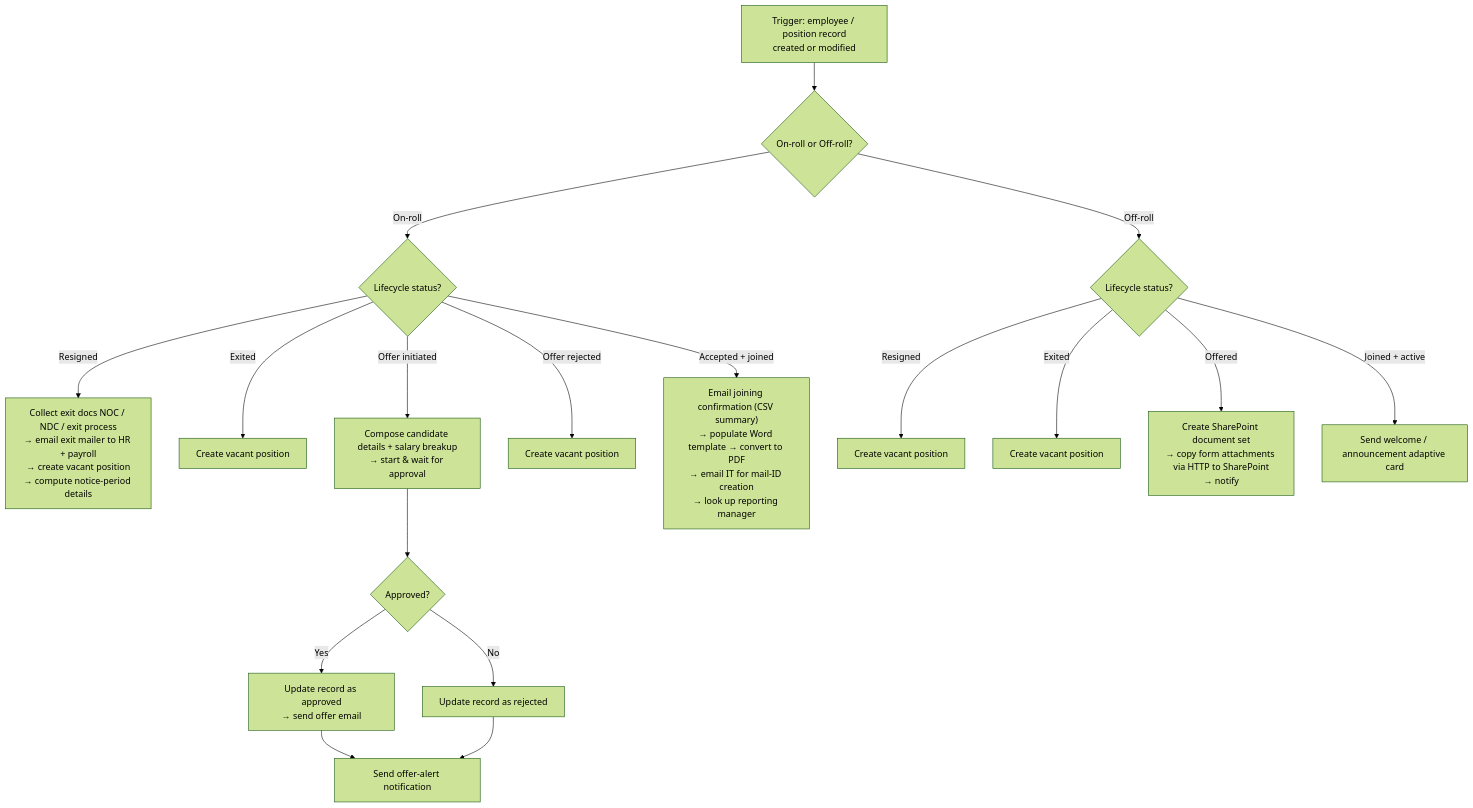
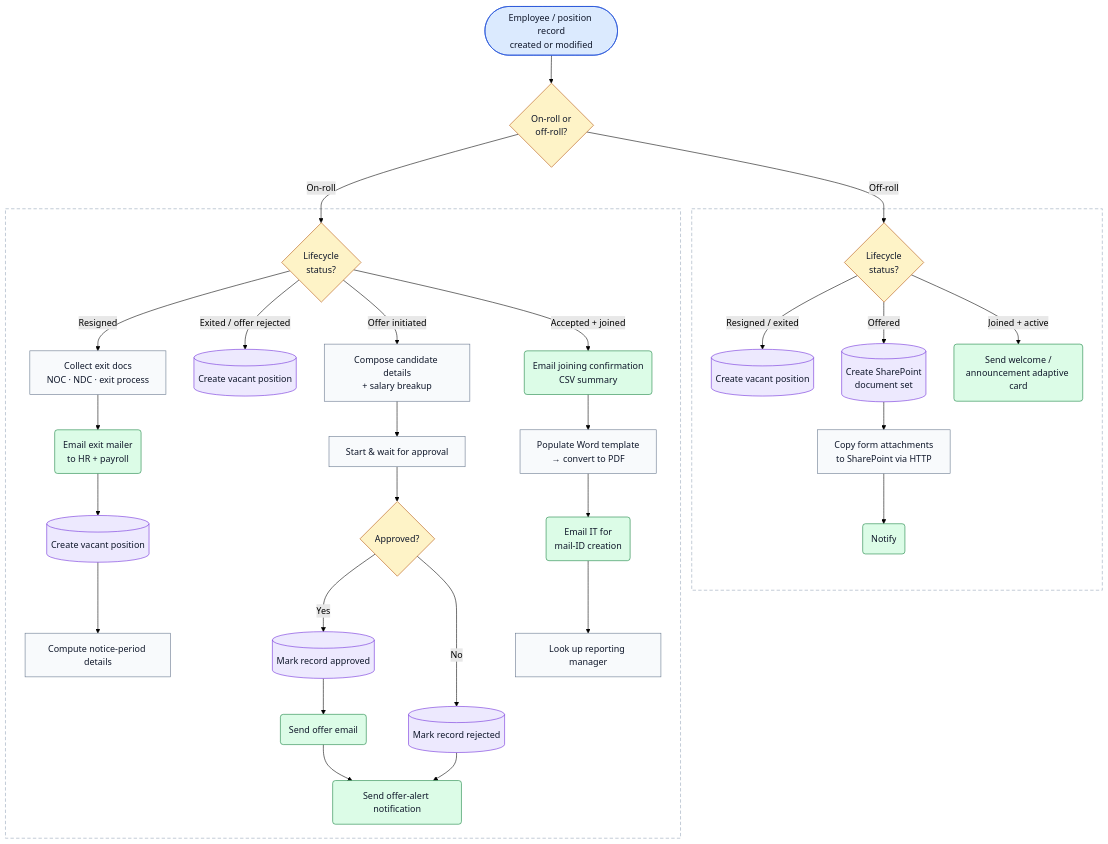
The diagram in docs/diagrams/hrms-orchestrator.mmd (siddhantsingh2861/enterprise-HRMS-power-platform), drawn with Mermaid (forest theme) before and after one commit.

```diff
--- a/docs/diagrams/hrms-orchestrator.mmd
+++ b/docs/diagrams/hrms-orchestrator.mmd
@@ -1,20 +1,52 @@
 flowchart TD
-    T["Trigger: employee / position record<br/>created or modified"] --> R{On-roll or Off-roll?}
+    T(["Employee / position record<br/>created or modified"]):::trigger --> R{"On-roll or<br/>off-roll?"}:::decision
 
-    R -->|On-roll| ON{Lifecycle status?}
-    ON -->|Resigned| ON1["Collect exit docs NOC / NDC / exit process<br/>&rarr; email exit mailer to HR + payroll<br/>&rarr; create vacant position<br/>&rarr; compute notice-period details"]
-    ON -->|Exited| ON2["Create vacant position"]
-    ON -->|Offer initiated| ON3["Compose candidate details + salary breakup<br/>&rarr; start &amp; wait for approval"]
-    ON3 --> ON3a{Approved?}
-    ON3a -->|Yes| ON3y["Update record as approved<br/>&rarr; send offer email"]
-    ON3a -->|No| ON3n["Update record as rejected"]
-    ON3y --> ON3z["Send offer-alert notification"]
-    ON3n --> ON3z
-    ON -->|Offer rejected| ON4["Create vacant position"]
-    ON -->|Accepted + joined| ON5["Email joining confirmation (CSV summary)<br/>&rarr; populate Word template &rarr; convert to PDF<br/>&rarr; email IT for mail-ID creation<br/>&rarr; look up reporting manager"]
+    R -->|On-roll| ON
+    R -->|Off-roll| OFF
 
-    R -->|Off-roll| OFF{Lifecycle status?}
-    OFF -->|Resigned| OFF1["Create vacant position"]
-    OFF -->|Exited| OFF2["Create vacant position"]
-    OFF -->|Offered| OFF3["Create SharePoint document set<br/>&rarr; copy form attachments via HTTP to SharePoint<br/>&rarr; notify"]
-    OFF -->|Joined + active| OFF4["Send welcome / announcement adaptive card"]
+    subgraph ONROLL[" "]
+        ON{"Lifecycle<br/>status?"}:::decision
+
+        ON -->|Resigned| ON1["Collect exit docs<br/>NOC · NDC · exit process"]:::action
+        ON1 --> ON1b("Email exit mailer<br/>to HR + payroll"):::notify
+        ON1b --> ON1c[("Create vacant position")]:::data
+        ON1c --> ON1d["Compute notice-period details"]:::action
+
+        ON -->|"Exited / offer rejected"| VAC1[("Create vacant position")]:::data
+
+        ON -->|Offer initiated| ON3["Compose candidate details<br/>+ salary breakup"]:::action
+        ON3 --> ON3w["Start &amp; wait for approval"]:::action
+        ON3w --> ON3a{"Approved?"}:::decision
+        ON3a -->|Yes| ON3y[("Mark record approved")]:::data
+        ON3y --> ON3e("Send offer email"):::notify
+        ON3a -->|No| ON3n[("Mark record rejected")]:::data
+        ON3e --> ON3z("Send offer-alert notification"):::notify
+        ON3n --> ON3z
+
+        ON -->|Accepted + joined| ON5("Email joining confirmation<br/>CSV summary"):::notify
+        ON5 --> ON5b["Populate Word template<br/>→ convert to PDF"]:::action
+        ON5b --> ON5c("Email IT for<br/>mail-ID creation"):::notify
+        ON5c --> ON5d["Look up reporting manager"]:::action
+    end
+
+    subgraph OFFROLL[" "]
+        OFF{"Lifecycle<br/>status?"}:::decision
+
+        OFF -->|"Resigned / exited"| VAC2[("Create vacant position")]:::data
+
+        OFF -->|Offered| OFF3[("Create SharePoint<br/>document set")]:::data
+        OFF3 --> OFF3b["Copy form attachments<br/>to SharePoint via HTTP"]:::action
+        OFF3b --> OFF3c("Notify"):::notify
+
+        OFF -->|Joined + active| OFF4("Send welcome /<br/>announcement adaptive card"):::notify
+    end
+
+    style ONROLL fill:none,stroke:#94a3b8,stroke-dasharray:6 4
+    style OFFROLL fill:none,stroke:#94a3b8,stroke-dasharray:6 4
+
+    classDef trigger fill:#dbeafe,stroke:#1d4ed8,color:#0f172a
+    classDef decision fill:#fef3c7,stroke:#b45309,color:#0f172a
+    classDef action fill:#f8fafc,stroke:#64748b,color:#0f172a
+    classDef data fill:#ede9fe,stroke:#6d28d9,color:#0f172a
+    classDef notify fill:#dcfce7,stroke:#15803d,color:#0f172a
+    classDef noop fill:#ffffff,stroke:#94a3b8,stroke-dasharray:4 3,color:#64748b
```
